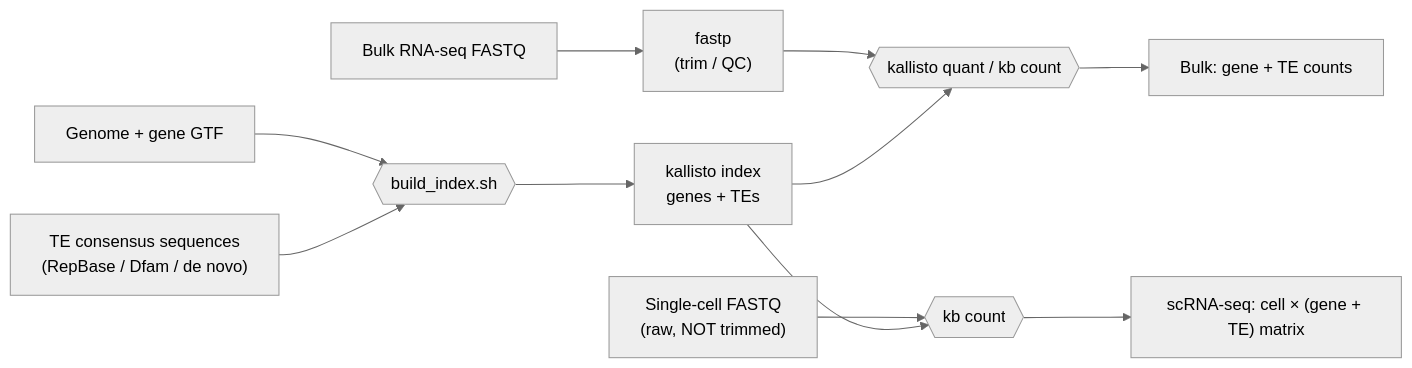
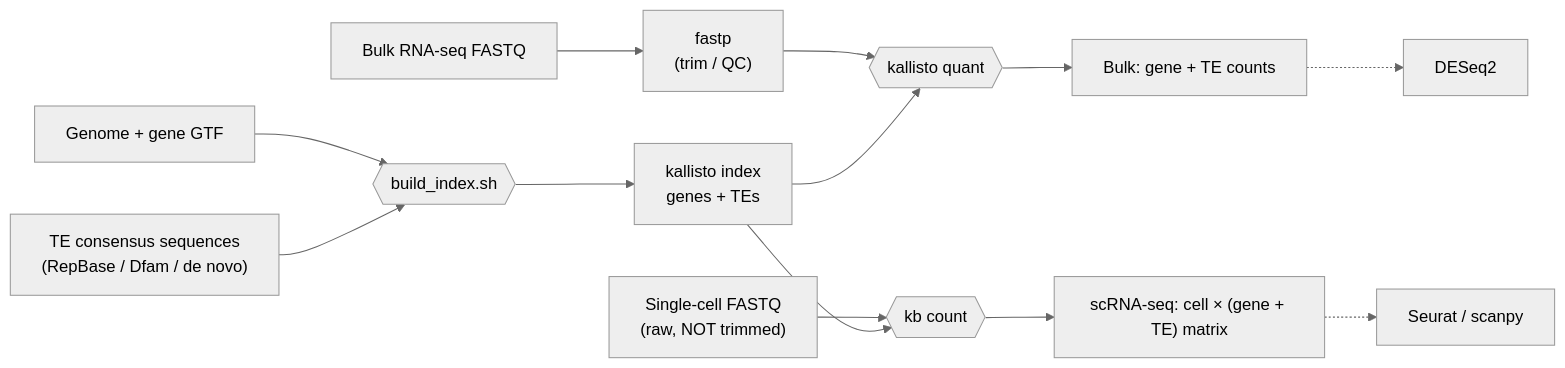
One commit to issabrianzhang/kallisto-TE changed the diagram in README.md. Above: the diagram before and after it, drawn with Mermaid (neutral theme). The commit also changed other lines of this file and 11 other files, not shown here.

````diff
--- a/README.md
+++ b/README.md
@@ -19,13 +19,15 @@
 ```mermaid
 flowchart LR
     G["Genome + gene GTF"] --> R{{"build_index.sh"}}
     T["TE consensus sequences<br/>(RepBase / Dfam / de novo)"] --> R
     R --> I["kallisto index<br/>genes + TEs"]
     FB["Bulk RNA-seq FASTQ"] --> P["fastp<br/>(trim / QC)"]
-    P --> QB{{"kallisto quant / kb count"}}
+    P --> QB{{"kallisto quant"}}
     FS["Single-cell FASTQ<br/>(raw, NOT trimmed)"] --> QS{{"kb count"}}
     I --> QB
     I --> QS
     QB --> B["Bulk: gene + TE counts"]
     QS --> S["scRNA-seq: cell × (gene + TE) matrix"]
+    B -.-> DE["DESeq2"]
+    S -.-> SU["Seurat / scanpy"]
 ```
````
